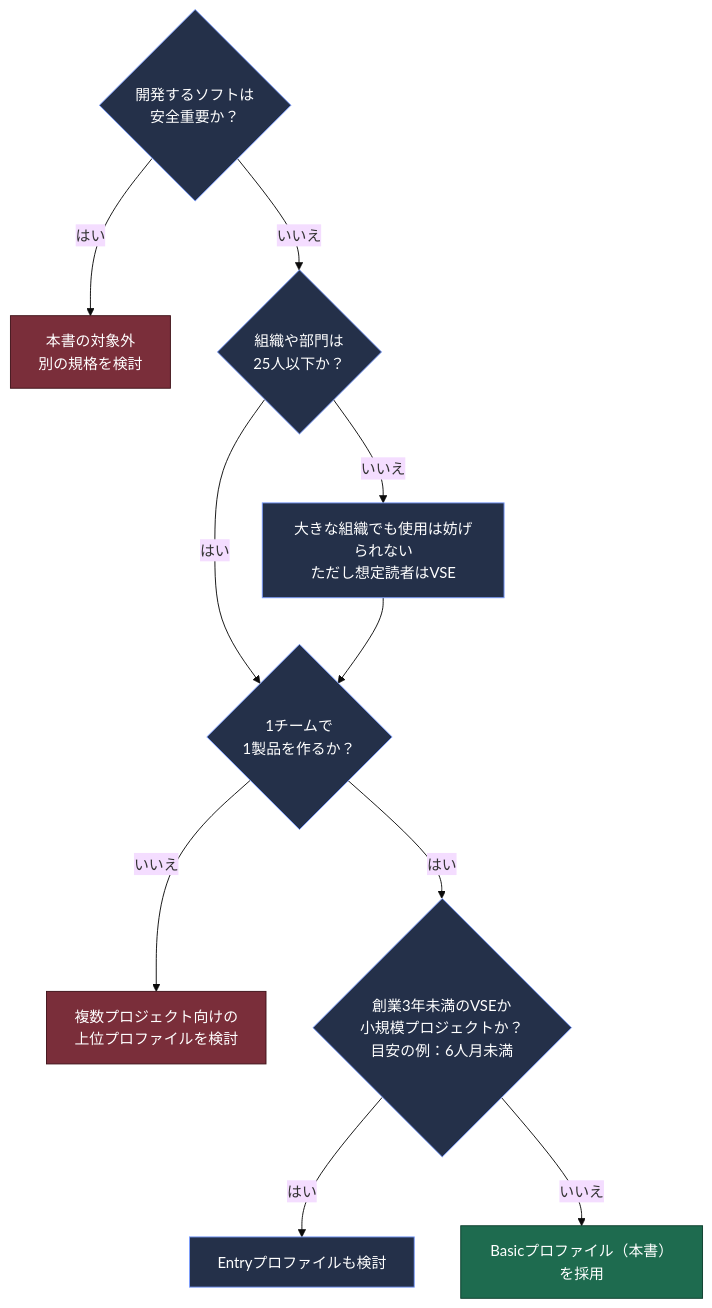
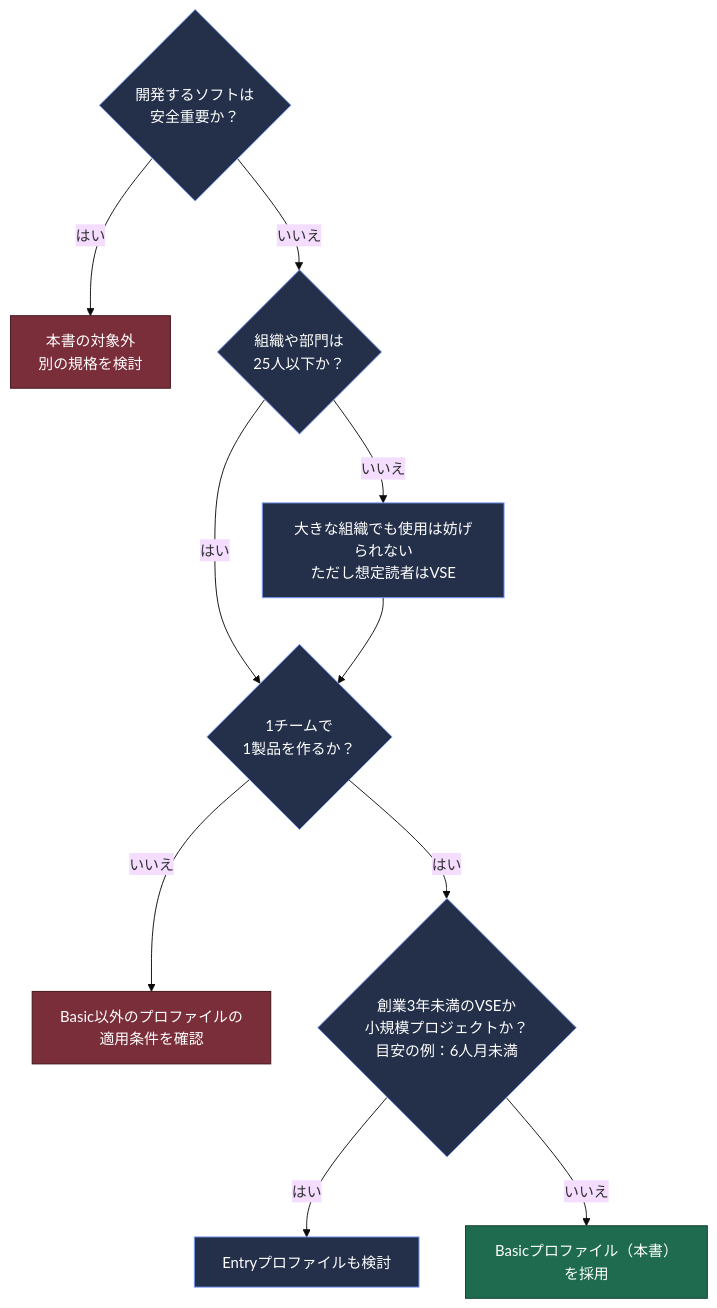
The fifth of 13 diagrams in Iso-iec-29110-5-1-2-2025-beginner-guide.md (myoshi2891/Quality-Assurance-Studies), drawn with Mermaid (base theme) before and after one commit. The commit also changed 3 other files, not shown here.

````diff
--- a/Iso-iec-29110-5-1-2-2025-beginner-guide.md
+++ b/Iso-iec-29110-5-1-2-2025-beginner-guide.md
@@ -220,19 +220,19 @@
 ```mermaid
 flowchart TD
     DJ1{"開発するソフトは<br/>安全重要か？"}
     DJ1 -->|はい| DJ9["本書の対象外<br/>別の規格を検討"]
     DJ1 -->|いいえ| DJ2{"組織や部門は<br/>25人以下か？"}
     DJ2 -->|いいえ| DJ3["大きな組織でも使用は妨げられない<br/>ただし想定読者はVSE"]
     DJ2 -->|はい| DJ4{"1チームで<br/>1製品を作るか？"}
     DJ3 --> DJ4
-    DJ4 -->|いいえ| DJ8["複数プロジェクト向けの<br/>上位プロファイルを検討"]
+    DJ4 -->|いいえ| DJ8["Basic以外のプロファイルの<br/>適用条件を確認"]
     DJ4 -->|はい| DJ5{"創業3年未満のVSEか<br/>小規模プロジェクトか？<br/>目安の例：6人月未満"}
     DJ5 -->|はい| DJ6["Entryプロファイルも検討"]
     DJ5 -->|いいえ| DJ7["Basicプロファイル（本書）を採用"]
     classDef ok fill:#1e6b4f,stroke:#0b3d2c,color:#ffffff
     classDef ng fill:#7a2e3a,stroke:#3f1219,color:#ffffff
     classDef mid fill:#243049,stroke:#7c9eff,color:#ffffff
     class DJ7 ok
     class DJ9,DJ8 ng
     class DJ1,DJ2,DJ3,DJ4,DJ5,DJ6 mid
 ```
````
